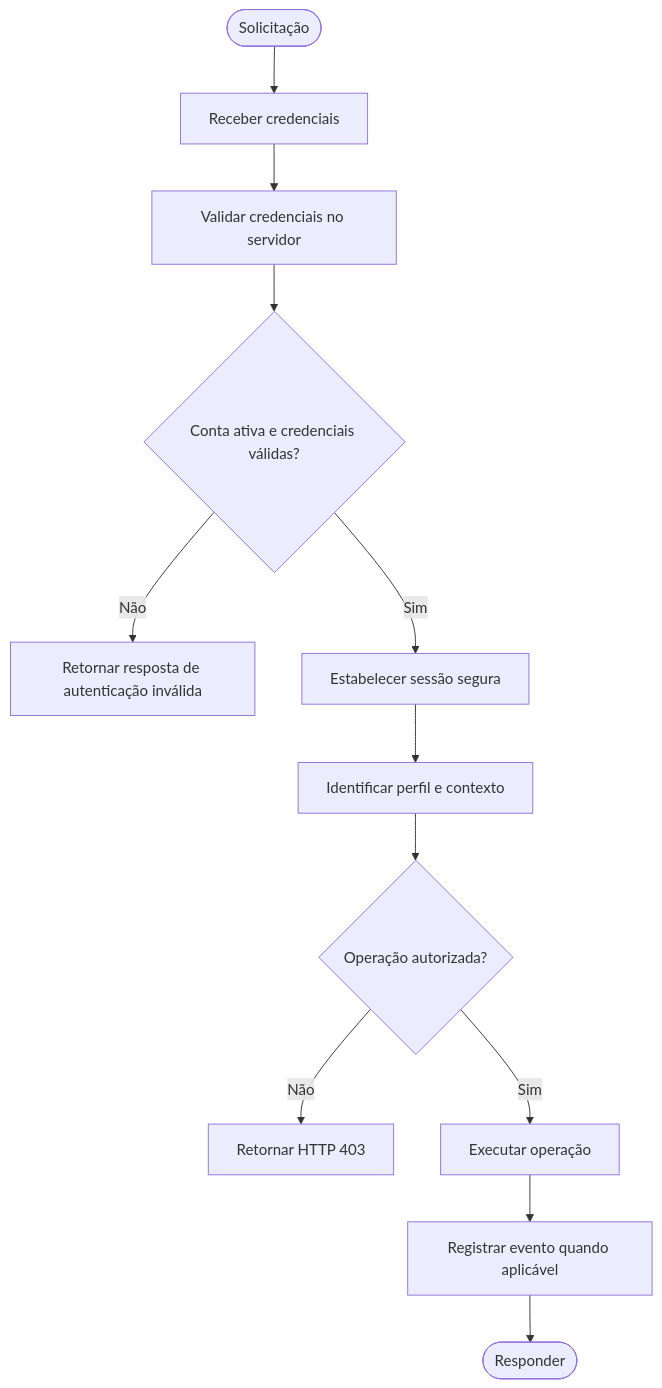
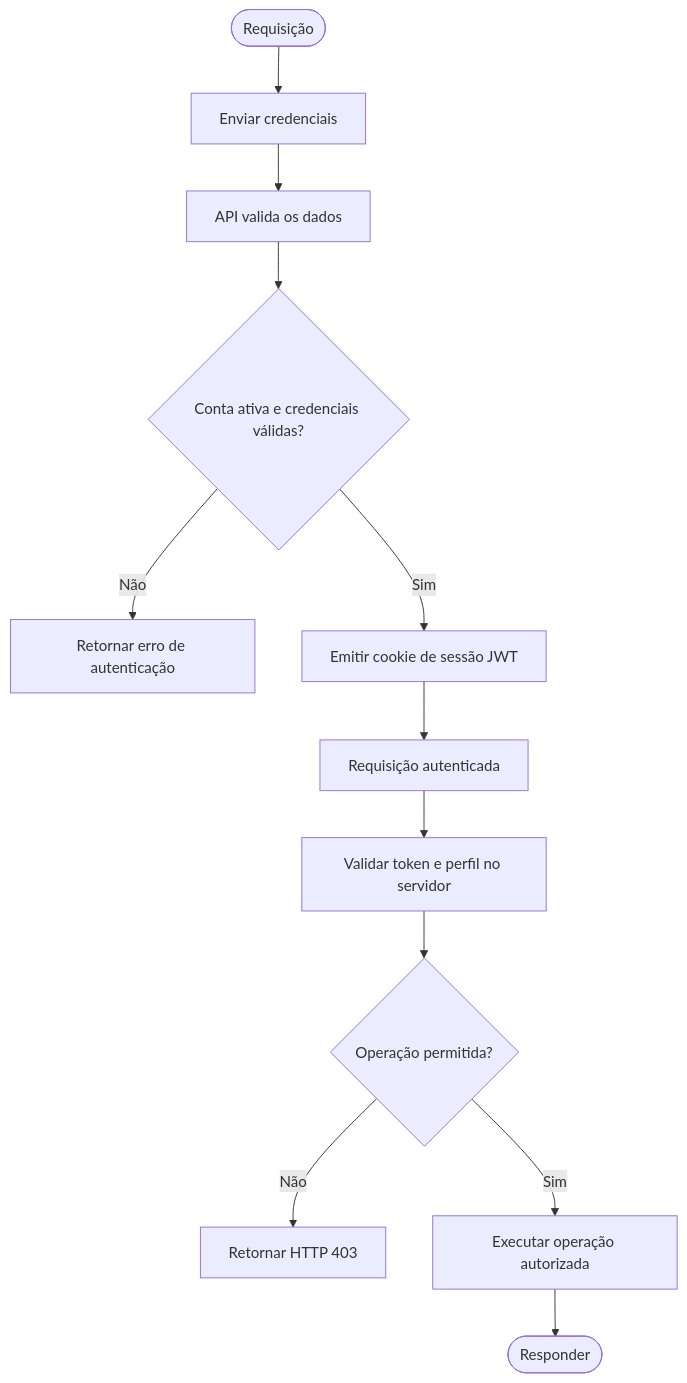
Before and after one commit to lazaro3308/TCC-G-TECH: the second of 3 diagrams in docs/FLUXOS-E-ARQUITETURA.md, drawn with Mermaid. The commit also changed other lines of this file, not shown here.

````diff
--- a/docs/FLUXOS-E-ARQUITETURA.md
+++ b/docs/FLUXOS-E-ARQUITETURA.md
@@ -40,14 +33,14 @@
 ```mermaid
 flowchart TD
-    A([Solicitação]) --> B[Receber credenciais]
-    B --> C[Validar credenciais no servidor]
+    A([Requisição]) --> B[Enviar credenciais]
+    B --> C[API valida os dados]
     C --> D{Conta ativa e credenciais válidas?}
-    D -- Não --> E[Retornar resposta de autenticação inválida]
-    D -- Sim --> F[Estabelecer sessão segura]
-    F --> G[Identificar perfil e contexto]
-    G --> H{Operação autorizada?}
-    H -- Não --> I[Retornar HTTP 403]
-    H -- Sim --> J[Executar operação]
-    J --> K[Registrar evento quando aplicável]
+    D -- Não --> E[Retornar erro de autenticação]
+    D -- Sim --> F[Emitir cookie de sessão JWT]
+    F --> G[Requisição autenticada]
+    G --> H[Validar token e perfil no servidor]
+    H --> I{Operação permitida?}
+    I -- Não --> J[Retornar HTTP 403]
+    I -- Sim --> K[Executar operação autorizada]
     K --> L([Responder])
 ```
````
